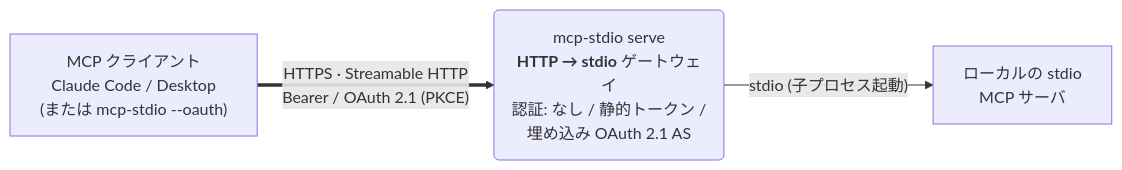
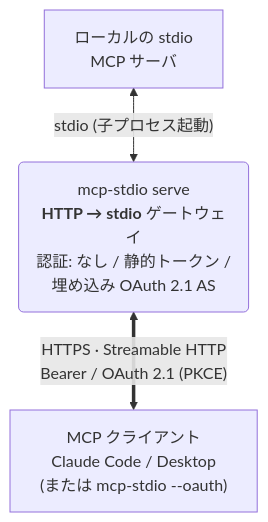
The second of 2 diagrams in README.ja.md (shigechika/mcp-stdio), drawn with Mermaid before and after one commit. The commit also changed 1 other file, not shown here.

Commit message:
docs: lay out the serve diagram top-to-bottom (BT), MCP server on top
Matches the client-side diagram at the top of the README and avoids the
GitHub mermaid zoom control overlapping a wide LR layout on the right.

````diff
--- a/README.ja.md
+++ b/README.ja.md
@@ -228,8 +228,8 @@
 ```mermaid
-flowchart LR
+flowchart BT
     A["MCP クライアント<br>Claude Code / Desktop<br>(または mcp-stdio --oauth)"]
     B("mcp-stdio serve<br><b>HTTP → stdio</b> ゲートウェイ<br>認証: なし / 静的トークン /<br>埋め込み OAuth 2.1 AS")
     C["ローカルの stdio<br>MCP サーバ"]
-    A == "HTTPS · Streamable HTTP<br>Bearer / OAuth 2.1 (PKCE)" ==> B
-    B -- "stdio (子プロセス起動)" --> C
+    A <== "HTTPS · Streamable HTTP<br>Bearer / OAuth 2.1 (PKCE)" ==> B
+    B <-- "stdio (子プロセス起動)" --> C
 ```
````
